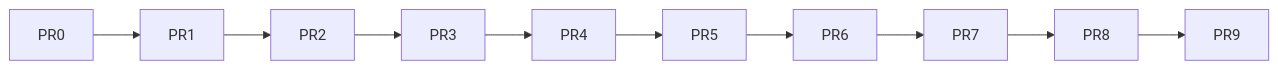
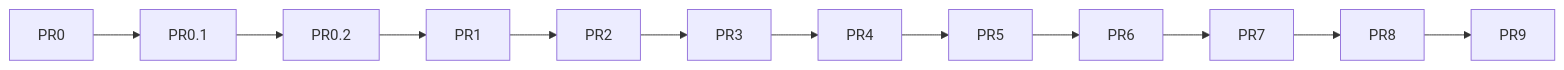
The fourth of 4 diagrams in docs/architecture/TECHNICAL_ARCHITECTURE.md (LOZEST/quiz-tsi-next), drawn with Mermaid before and after one commit. The commit also changed other lines of this file and 11 other files, not shown here.

````diff
--- a/docs/architecture/TECHNICAL_ARCHITECTURE.md
+++ b/docs/architecture/TECHNICAL_ARCHITECTURE.md
@@ -109,4 +109,4 @@
 ```mermaid
 flowchart LR
-  PR0 --> PR1 --> PR2 --> PR3 --> PR4 --> PR5 --> PR6 --> PR7 --> PR8 --> PR9
+  PR0 --> PR01["PR0.1"] --> PR02["PR0.2"] --> PR1 --> PR2 --> PR3 --> PR4 --> PR5 --> PR6 --> PR7 --> PR8 --> PR9
 ```
````
